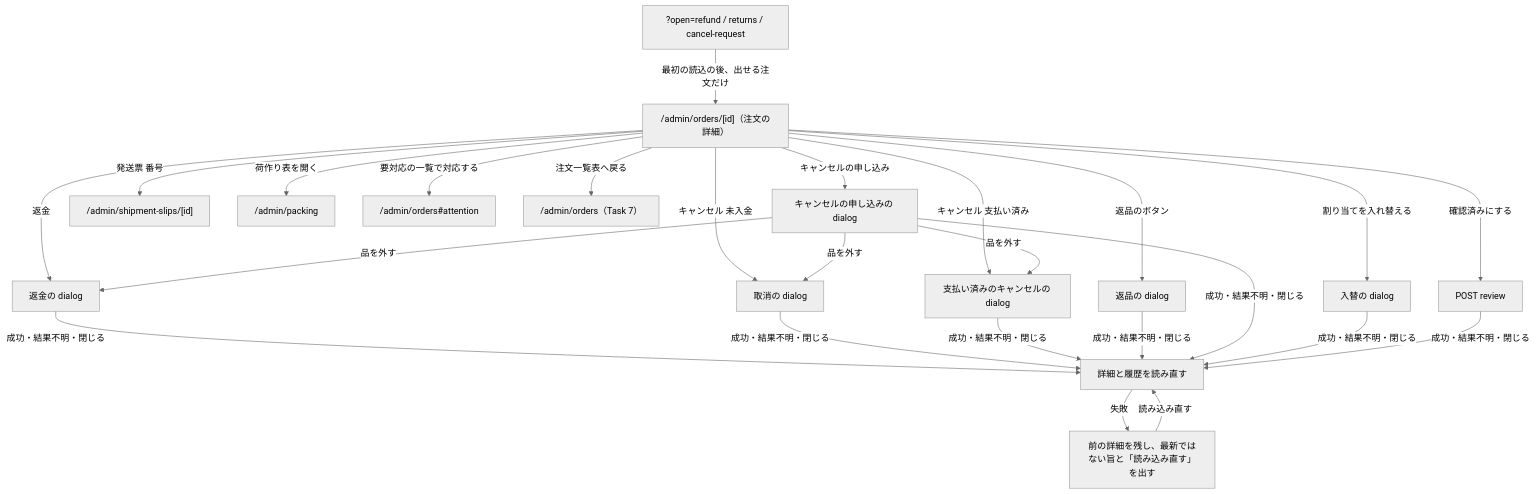
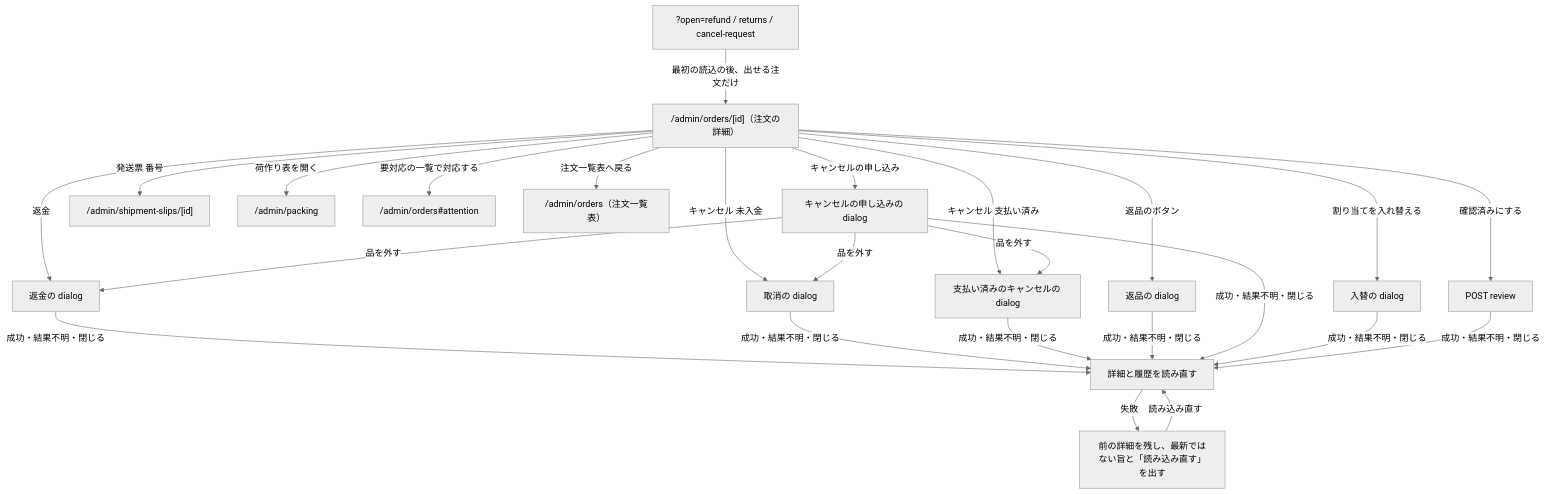
One commit to ChocoWork/o_official changed the fifth of 6 diagrams in docs/03_BasicDesign/ui/screen-flow.md. Above: the diagram before and after it, drawn with Mermaid (neutral theme). The commit also changed other lines of this file and 45 other files, not shown here.

````diff
--- a/docs/03_BasicDesign/ui/screen-flow.md
+++ b/docs/03_BasicDesign/ui/screen-flow.md
@@ -392,22 +394,22 @@
 ```mermaid
 flowchart TD
   P["/admin/orders/[id]（注文の詳細）"]
   P -->|返金| R["返金の dialog"]
   P -->|キャンセル 未入金| C["取消の dialog"]
   P -->|キャンセル 支払い済み| PC["支払い済みのキャンセルの dialog"]
   P -->|返品のボタン| RT["返品の dialog"]
   P -->|キャンセルの申し込み| CR["キャンセルの申し込みの dialog"]
   CR -->|品を外す| R
   CR -->|品を外す| C
   CR -->|品を外す| PC
   P -->|割り当てを入れ替える| SW["入替の dialog"]
   P -->|確認済みにする| RV["POST review"]
   P -->|発送票 番号| S["/admin/shipment-slips/[id]"]
   P -->|荷作り表を開く| PK["/admin/packing"]
   P -->|要対応の一覧で対応する| L["/admin/orders#attention"]
-  P -->|注文一覧表へ戻る| LIST["/admin/orders（Task 7）"]
+  P -->|注文一覧表へ戻る| LIST["/admin/orders（注文一覧表）"]
   R & C & PC & RT & CR & SW & RV -->|成功・結果不明・閉じる| RELOAD["詳細と履歴を読み直す"]
   RELOAD -->|失敗| STALE["前の詳細を残し、最新ではない旨と「読み込み直す」を出す"]
   STALE -->|読み込み直す| RELOAD
   Q["?open=refund / returns / cancel-request"] -->|最初の読込の後、出せる注文だけ| P
 ```
````
